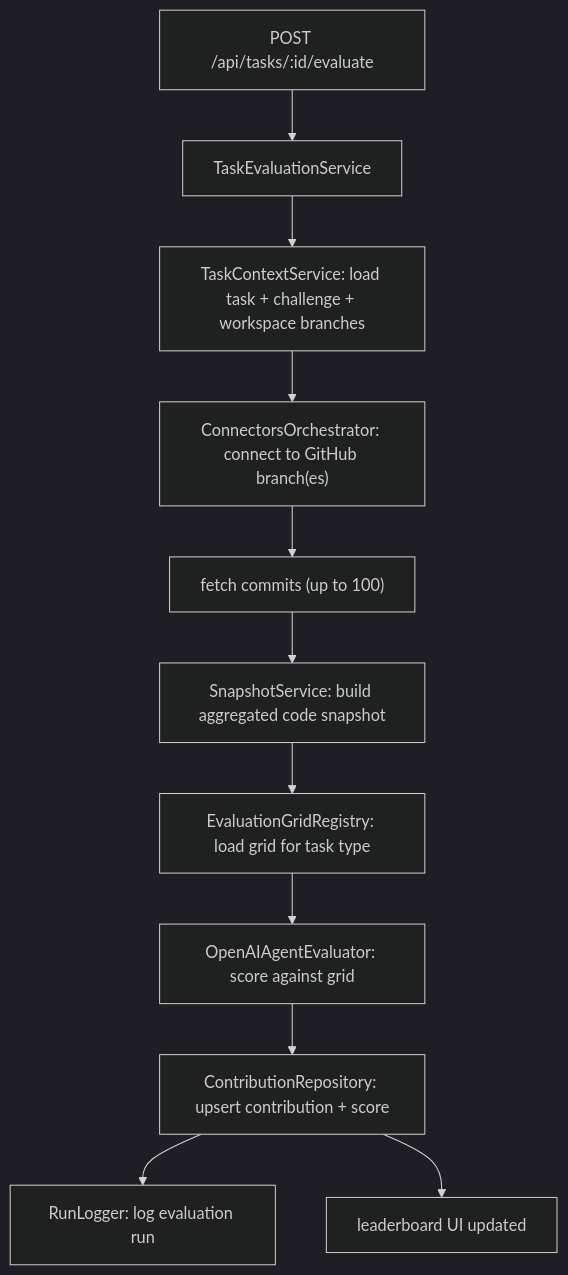
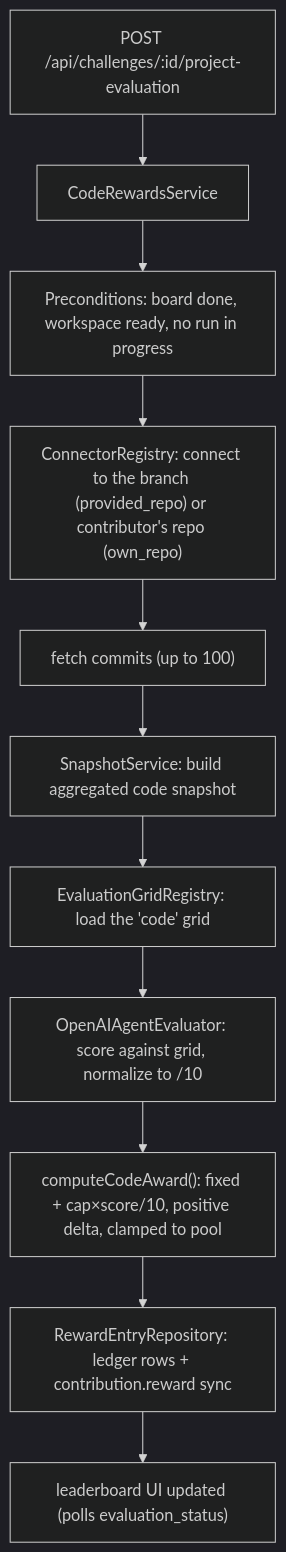
Before and after one commit to MyTwin-Lab/leaderboard: the second of 4 diagrams in docs/architecture.md, drawn with Mermaid (dark theme). The commit also changed other lines of this file and 4 other files, not shown here.

````diff
--- a/docs/architecture.md
+++ b/docs/architecture.md
@@ -50,13 +50,13 @@
 ```mermaid
 flowchart TD
-  A["POST /api/tasks/:id/evaluate"] --> B["TaskEvaluationService"]
-  B --> C["TaskContextService: load task + challenge + workspace branches"]
-  C --> D["ConnectorsOrchestrator: connect to GitHub branch(es)"]
+  A["POST /api/challenges/:id/project-evaluation"] --> B["CodeRewardsService"]
+  B --> C["Preconditions: board done, workspace ready, no run in progress"]
+  C --> D["ConnectorRegistry: connect to the branch (provided_repo) or contributor's repo (own_repo)"]
   D --> E["fetch commits (up to 100)"]
   E --> F["SnapshotService: build aggregated code snapshot"]
-  F --> G["EvaluationGridRegistry: load grid for task type"]
-  G --> H["OpenAIAgentEvaluator: score against grid"]
-  H --> I["ContributionRepository: upsert contribution + score"]
-  I --> J["RunLogger: log evaluation run"]
-  I --> K["leaderboard UI updated"]
+  F --> G["EvaluationGridRegistry: load the 'code' grid"]
+  G --> H["OpenAIAgentEvaluator: score against grid, normalize to /10"]
+  H --> I["computeCodeAward(): fixed + cap×score/10, positive delta, clamped to pool"]
+  I --> J["RewardEntryRepository: ledger rows + contribution.reward sync"]
+  J --> K["leaderboard UI updated (polls evaluation_status)"]
 ```
````
